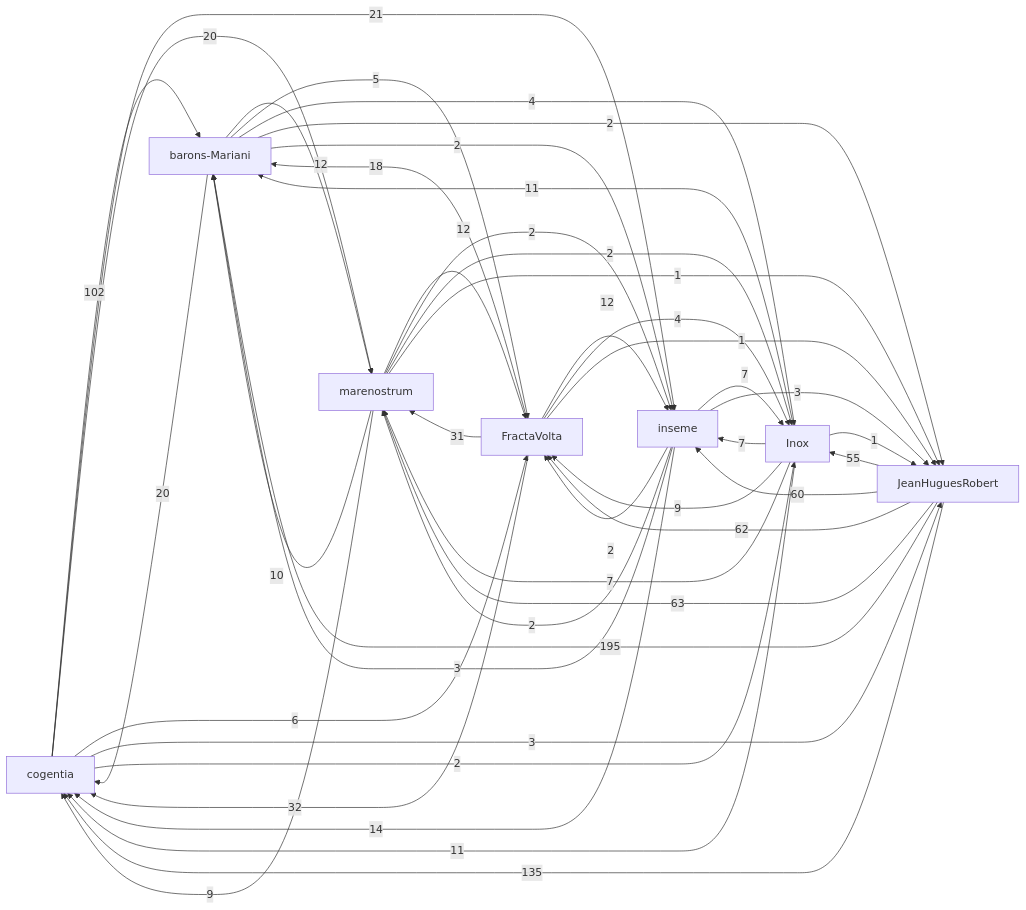
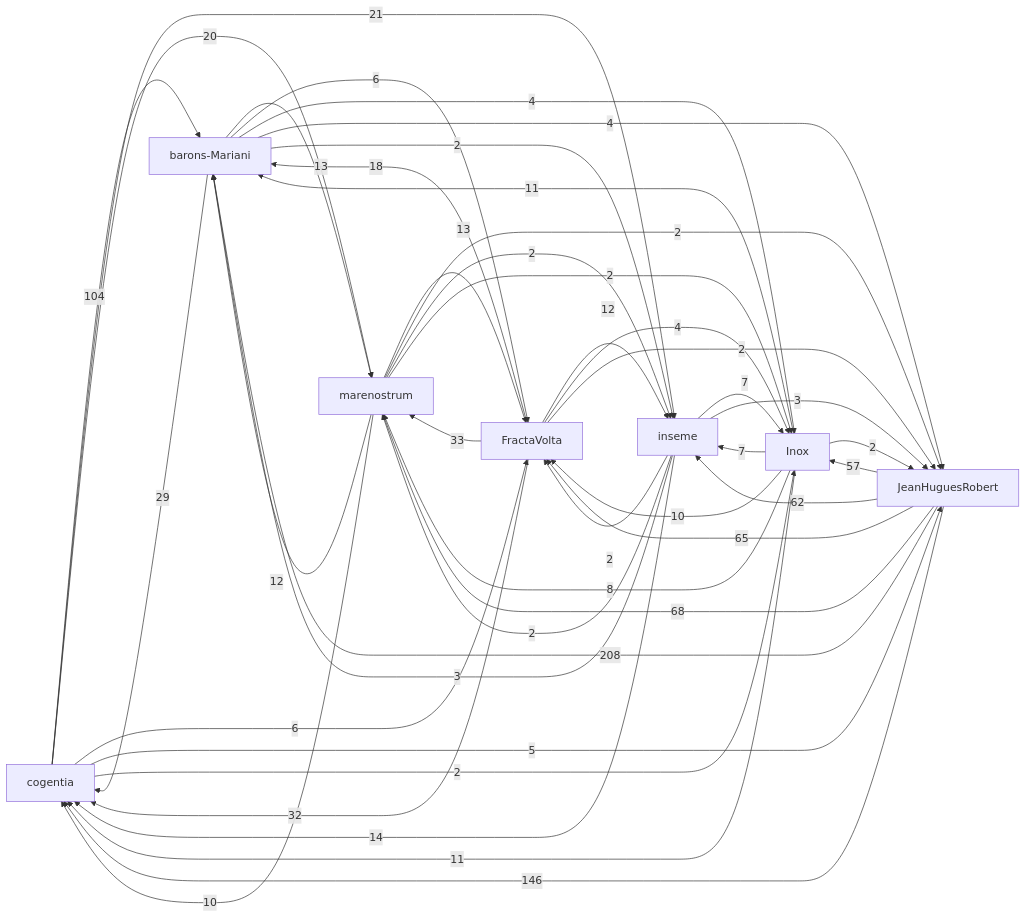
One commit to JeanHuguesRobert/JeanHuguesRobert changed the diagram in research/corpus-status.md. Above: the diagram before and after it, drawn with Mermaid. The commit also changed other lines of this file and 4 other files, not shown here.

````diff
--- a/research/corpus-status.md
+++ b/research/corpus-status.md
@@ -40,52 +40,52 @@
 ```mermaid
 graph LR
   r_cogentia["cogentia"]
   r_fractavolta["FractaVolta"]
   r_marenostrum["marenostrum"]
   r_barons_mariani["barons-Mariani"]
   r_inseme["inseme"]
   r_inox["Inox"]
   r_jeanhuguesrobert["JeanHuguesRobert"]
-  r_jeanhuguesrobert -->|195| r_barons_mariani
-  r_jeanhuguesrobert -->|135| r_cogentia
-  r_cogentia -->|102| r_barons_mariani
-  r_jeanhuguesrobert -->|63| r_marenostrum
-  r_jeanhuguesrobert -->|62| r_fractavolta
-  r_jeanhuguesrobert -->|60| r_inseme
-  r_jeanhuguesrobert -->|55| r_inox
+  r_jeanhuguesrobert -->|208| r_barons_mariani
+  r_jeanhuguesrobert -->|146| r_cogentia
+  r_cogentia -->|104| r_barons_mariani
+  r_jeanhuguesrobert -->|68| r_marenostrum
+  r_jeanhuguesrobert -->|65| r_fractavolta
+  r_jeanhuguesrobert -->|62| r_inseme
+  r_jeanhuguesrobert -->|57| r_inox
+  r_fractavolta -->|33| r_marenostrum
   r_fractavolta -->|32| r_cogentia
-  r_fractavolta -->|31| r_marenostrum
+  r_barons_mariani -->|29| r_cogentia
   r_cogentia -->|21| r_inseme
-  r_barons_mariani -->|20| r_cogentia
   r_cogentia -->|20| r_marenostrum
   r_fractavolta -->|18| r_barons_mariani
   r_inseme -->|14| r_cogentia
-  r_barons_mariani -->|12| r_marenostrum
+  r_barons_mariani -->|13| r_marenostrum
+  r_marenostrum -->|13| r_fractavolta
   r_fractavolta -->|12| r_inseme
-  r_marenostrum -->|12| r_fractavolta
+  r_marenostrum -->|12| r_barons_mariani
   r_inox -->|11| r_barons_mariani
   r_inox -->|11| r_cogentia
-  r_marenostrum -->|10| r_barons_mariani
-  r_inox -->|9| r_fractavolta
-  r_marenostrum -->|9| r_cogentia
-  r_inox -->|7| r_marenostrum
+  r_inox -->|10| r_fractavolta
+  r_marenostrum -->|10| r_cogentia
+  r_inox -->|8| r_marenostrum
   r_inox -->|7| r_inseme
   r_inseme -->|7| r_inox
+  r_barons_mariani -->|6| r_fractavolta
   r_cogentia -->|6| r_fractavolta
-  r_barons_mariani -->|5| r_fractavolta
+  r_cogentia -->|5| r_jeanhuguesrobert
   r_barons_mariani -->|4| r_inox
+  r_barons_mariani -->|4| r_jeanhuguesrobert
   r_fractavolta -->|4| r_inox
-  r_cogentia -->|3| r_jeanhuguesrobert
   r_inseme -->|3| r_barons_mariani
   r_inseme -->|3| r_jeanhuguesrobert
-  r_barons_mariani -->|2| r_jeanhuguesrobert
   r_barons_mariani -->|2| r_inseme
   r_cogentia -->|2| r_inox
+  r_fractavolta -->|2| r_jeanhuguesrobert
+  r_inox -->|2| r_jeanhuguesrobert
   r_inseme -->|2| r_marenostrum
   r_inseme -->|2| r_fractavolta
+  r_marenostrum -->|2| r_jeanhuguesrobert
   r_marenostrum -->|2| r_inseme
   r_marenostrum -->|2| r_inox
-  r_fractavolta -->|1| r_jeanhuguesrobert
-  r_inox -->|1| r_jeanhuguesrobert
-  r_marenostrum -->|1| r_jeanhuguesrobert
 ```
````
